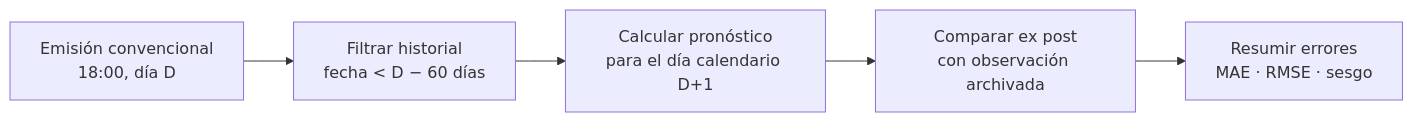
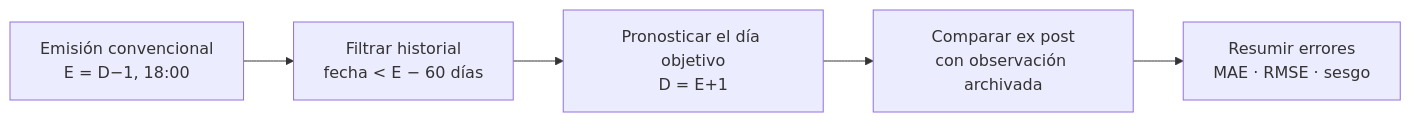
The first of 3 diagrams in docs/caso-de-estudio.md (LucasMoncadaCL/pronostico-demanda-sen), drawn with Mermaid before and after one commit. The commit also changed other lines of this file, not shown here.

Commit message:
docs: clarify issue and target date notation

````diff
--- a/docs/caso-de-estudio.md
+++ b/docs/caso-de-estudio.md
@@ -15,7 +15,7 @@
 ```mermaid
 flowchart LR
-    A[Emisión convencional<br/>18:00, día D] --> B[Filtrar historial<br/>fecha &lt; D − 60 días]
-    B --> C[Calcular pronóstico<br/>para el día calendario D+1]
+    A[Emisión convencional<br/>E = D−1, 18:00] --> B[Filtrar historial<br/>fecha &lt; E − 60 días]
+    B --> C[Pronosticar el día objetivo<br/>D = E+1]
     C --> D[Comparar ex post<br/>con observación archivada]
     D --> E[Resumir errores<br/>MAE · RMSE · sesgo]
 ```
````
